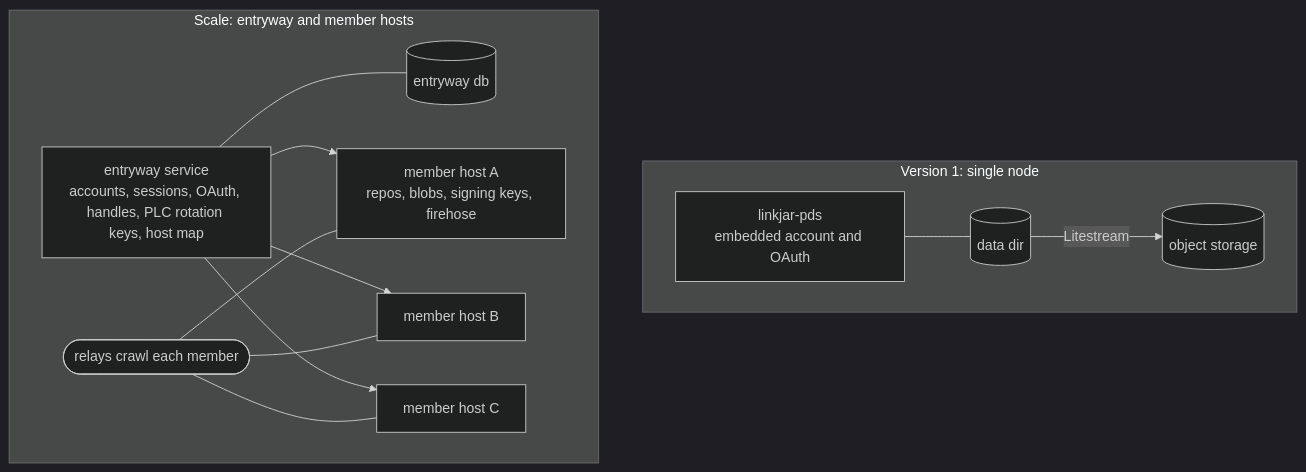
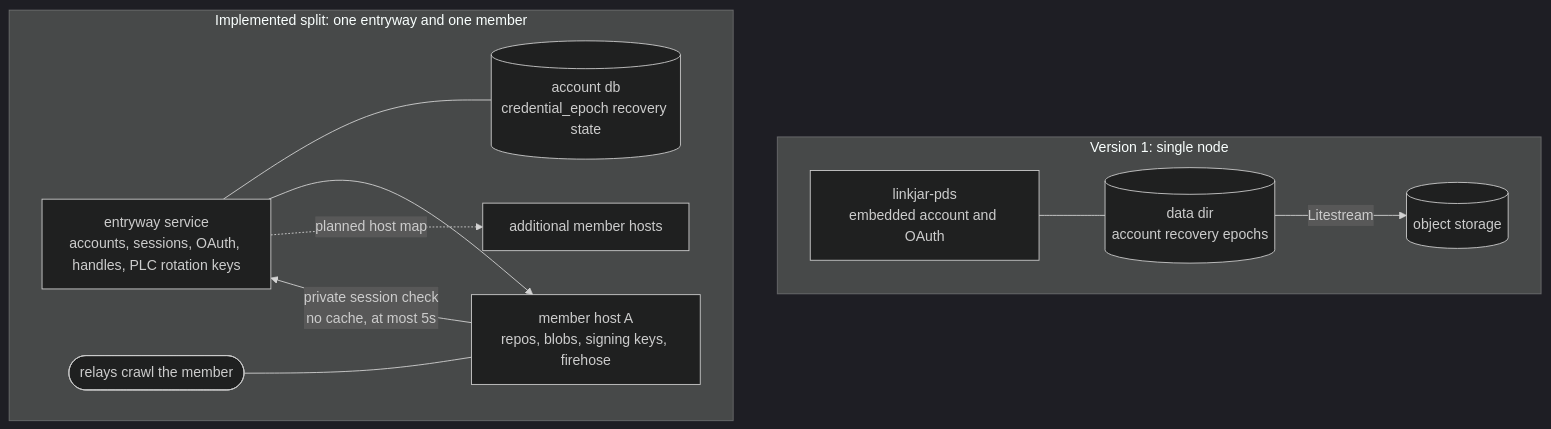
Before and after one commit to linkjar/pds: the diagram in docs/architecture/diagrams/15-topologies.mmd, drawn with Mermaid (dark theme). The commit also changed 272 other files, not shown here.

```diff
--- a/docs/architecture/diagrams/15-topologies.mmd
+++ b/docs/architecture/diagrams/15-topologies.mmd
@@ -1,12 +1,12 @@
 flowchart TB
   subgraph v1 [Version 1: single node]
-    n1[linkjar-pds<br/>embedded account and OAuth] --- d1[(data dir)]
+    n1[linkjar-pds<br/>embedded account and OAuth] --- d1[(data dir<br/>account recovery epochs)]
     d1 -- Litestream --> r2[(object storage)]
   end
-  subgraph v2 [Scale: entryway and member hosts]
-    ew[entryway service<br/>accounts, sessions, OAuth, handles, PLC rotation keys, host map] --- edb[(entryway db)]
+  subgraph v2 [Implemented split: one entryway and one member]
+    ew[entryway service<br/>accounts, sessions, OAuth, handles, PLC rotation keys] --- edb[(account db<br/>credential_epoch recovery state)]
     ew --> m1[member host A<br/>repos, blobs, signing keys, firehose]
-    ew --> m2[member host B]
-    ew --> m3[member host C]
-    relays([relays crawl each member]) --- m1 & m2 & m3
+    m1 -- private session check<br/>no cache, at most 5s --> ew
+    relays([relays crawl the member]) --- m1
+    ew -. planned host map .-> more[additional member hosts]
   end
```
